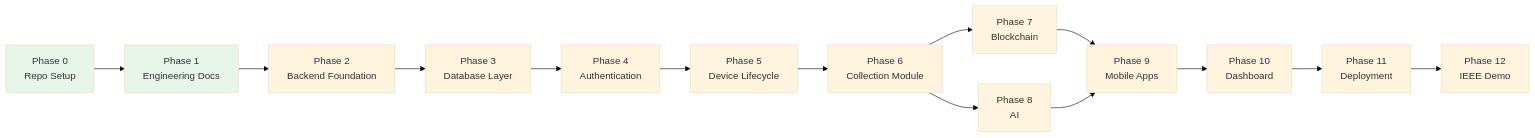
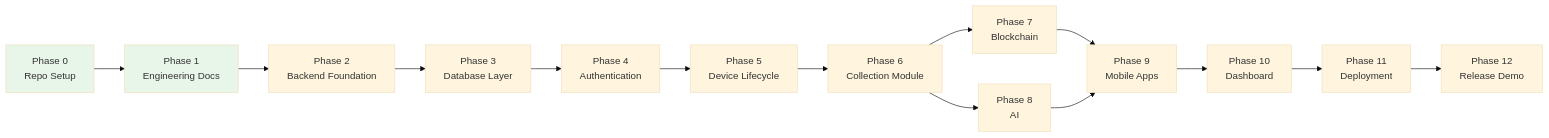
Before and after one commit to Edith-Stark06/Eco-Trace-Warriors: the diagram in docs/engineering/12_ROADMAP.md, drawn with Mermaid (base theme). The commit also changed other lines of this file and 32 other files, not shown here.

````diff
--- a/docs/engineering/12_ROADMAP.md
+++ b/docs/engineering/12_ROADMAP.md
@@ -33,18 +33,18 @@
 ```mermaid
 flowchart LR
     P0[Phase 0<br/>Repo Setup] --> P1[Phase 1<br/>Engineering Docs]
     P1 --> P2[Phase 2<br/>Backend Foundation]
     P2 --> P3[Phase 3<br/>Database Layer]
     P3 --> P4[Phase 4<br/>Authentication]
     P4 --> P5[Phase 5<br/>Device Lifecycle]
     P5 --> P6[Phase 6<br/>Collection Module]
     P6 --> P7[Phase 7<br/>Blockchain]
     P6 --> P8[Phase 8<br/>AI]
     P7 --> P9[Phase 9<br/>Mobile Apps]
     P8 --> P9
     P9 --> P10[Phase 10<br/>Dashboard]
     P10 --> P11[Phase 11<br/>Deployment]
-    P11 --> P12[Phase 12<br/>IEEE Demo]
+    P11 --> P12[Phase 12<br/>Release Demo]
     style P0 fill:#e8f5e9
     style P1 fill:#e8f5e9
 ```
````
